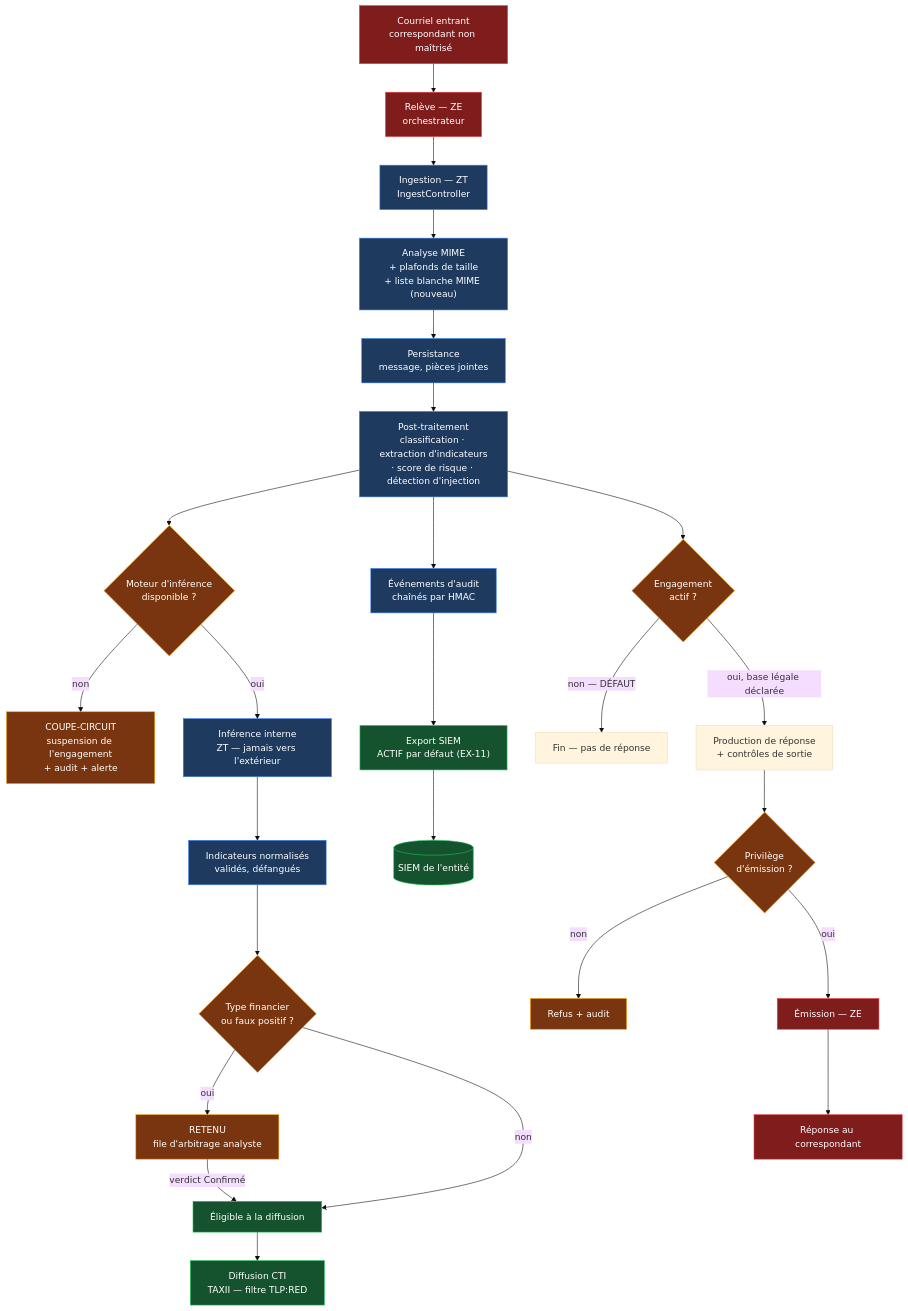
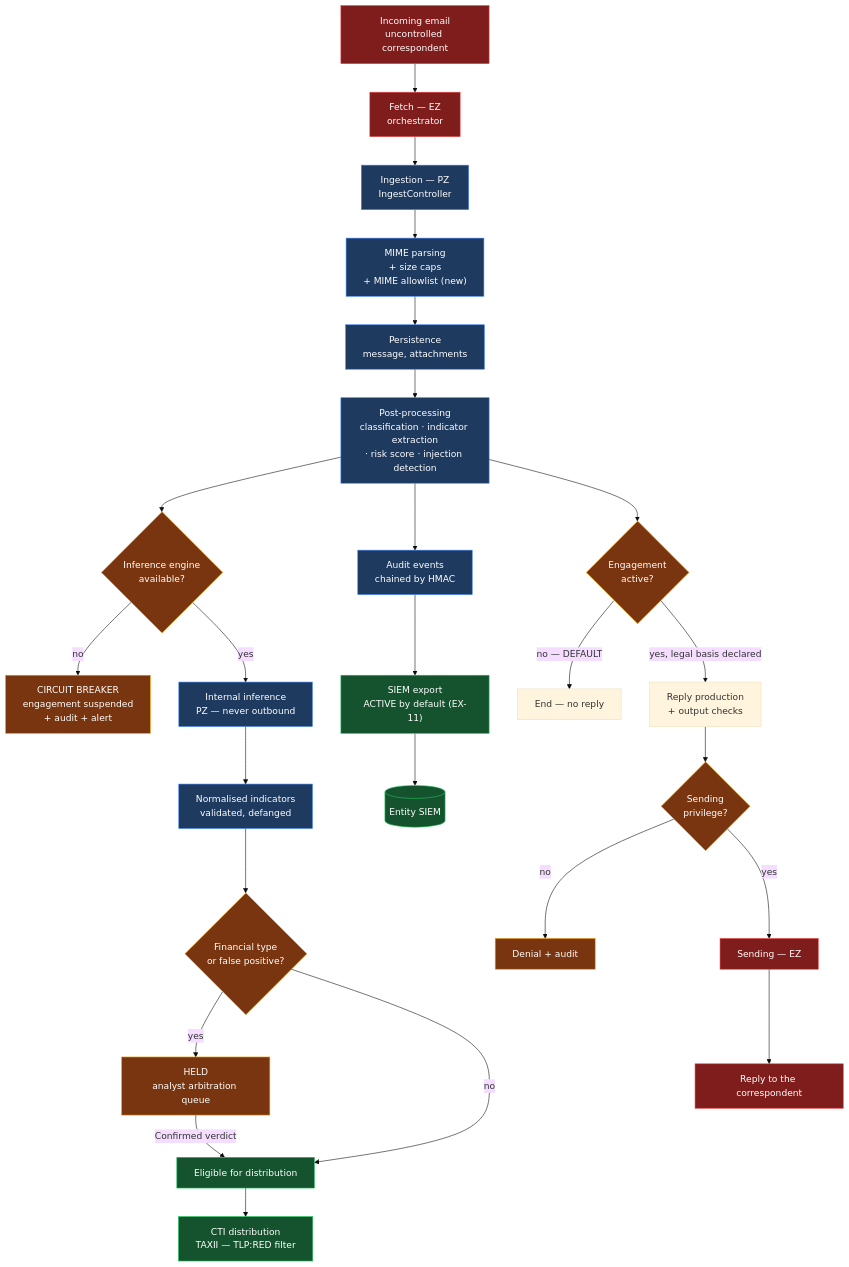
Before and after one commit to laugiov/scambuster: the third of 4 diagrams in audit/plan.md, drawn with Mermaid (base theme). The commit also changed other lines of this file and 2 other files, not shown here.

First line of the commit message:
audit: translate specification, plan and gap analysis to English

````diff
--- a/audit/plan.md
+++ b/audit/plan.md
@@ -121,37 +121,37 @@
 ```mermaid
 flowchart TB
-  A["Courriel entrant<br/>correspondant non maîtrisé"] --> B["Relève — ZE<br/>orchestrateur"]
-  B --> C["Ingestion — ZT<br/>IngestController"]
-  C --> D["Analyse MIME<br/>+ plafonds de taille<br/>+ liste blanche MIME (nouveau)"]
-  D --> E["Persistance<br/>message, pièces jointes"]
-  E --> F["Post-traitement<br/>classification · extraction d'indicateurs<br/>· score de risque · détection d'injection"]
-  F --> G{"Moteur d'inférence<br/>disponible ?"}
-  G -->|non| H["COUPE-CIRCUIT<br/>suspension de l'engagement<br/>+ audit + alerte"]
-  G -->|oui| I["Inférence interne<br/>ZT — jamais vers l'extérieur"]
-  I --> J["Indicateurs normalisés<br/>validés, défangués"]
-  J --> K{"Type financier<br/>ou faux positif ?"}
-  K -->|oui| L["RETENU<br/>file d'arbitrage analyste"]
-  K -->|non| M["Éligible à la diffusion"]
-  L -->|verdict Confirmé| M
-  M --> N["Diffusion CTI<br/>TAXII — filtre TLP:RED"]
-  F --> O["Événements d'audit<br/>chaînés par HMAC"]
-  O --> P["Export SIEM<br/>ACTIF par défaut (EX-11)"]
-  P --> Q[("SIEM de l'entité")]
+  A["Incoming email<br/>uncontrolled correspondent"] --> B["Fetch — EZ<br/>orchestrator"]
+  B --> C["Ingestion — PZ<br/>IngestController"]
+  C --> D["MIME parsing<br/>+ size caps<br/>+ MIME allowlist (new)"]
+  D --> E["Persistence<br/>message, attachments"]
+  E --> F["Post-processing<br/>classification · indicator extraction<br/>· risk score · injection detection"]
+  F --> G{"Inference engine<br/>available?"}
+  G -->|no| H["CIRCUIT BREAKER<br/>engagement suspended<br/>+ audit + alert"]
+  G -->|yes| I["Internal inference<br/>PZ — never outbound"]
+  I --> J["Normalised indicators<br/>validated, defanged"]
+  J --> K{"Financial type<br/>or false positive?"}
+  K -->|yes| L["HELD<br/>analyst arbitration queue"]
+  K -->|no| M["Eligible for distribution"]
+  L -->|Confirmed verdict| M
+  M --> N["CTI distribution<br/>TAXII — TLP:RED filter"]
+  F --> O["Audit events<br/>chained by HMAC"]
+  O --> P["SIEM export<br/>ACTIVE by default (EX-11)"]
+  P --> Q[("Entity SIEM")]
 
-  F --> R{"Engagement<br/>actif ?"}
-  R -->|non — DÉFAUT| S["Fin — pas de réponse"]
-  R -->|oui, base légale déclarée| T["Production de réponse<br/>+ contrôles de sortie"]
-  T --> U{"Privilège<br/>d'émission ?"}
-  U -->|non| V["Refus + audit"]
-  U -->|oui| W["Émission — ZE"]
-  W --> X["Réponse au correspondant"]
+  F --> R{"Engagement<br/>active?"}
+  R -->|no — DEFAULT| S["End — no reply"]
+  R -->|yes, legal basis declared| T["Reply production<br/>+ output checks"]
+  T --> U{"Sending<br/>privilege?"}
+  U -->|no| V["Denial + audit"]
+  U -->|yes| W["Sending — EZ"]
+  W --> X["Reply to the correspondent"]
 
   classDef ze fill:#7f1d1d,stroke:#ef4444,color:#fff
   classDef zt fill:#1e3a5f,stroke:#3b82f6,color:#fff
   classDef gate fill:#78350f,stroke:#f59e0b,color:#fff
   classDef out fill:#14532d,stroke:#22c55e,color:#fff
   class A,B,W,X ze
   class C,D,E,F,I,J,O zt
   class G,K,R,U,H,L,V gate
   class N,P,Q,M out
 ```
````
